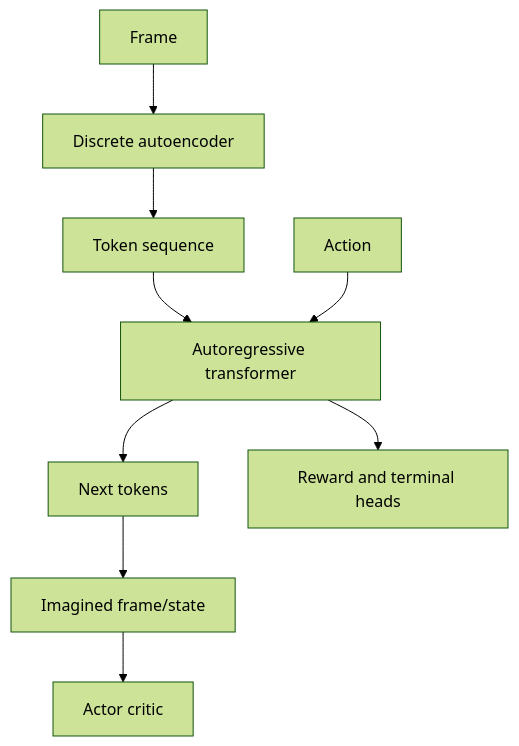
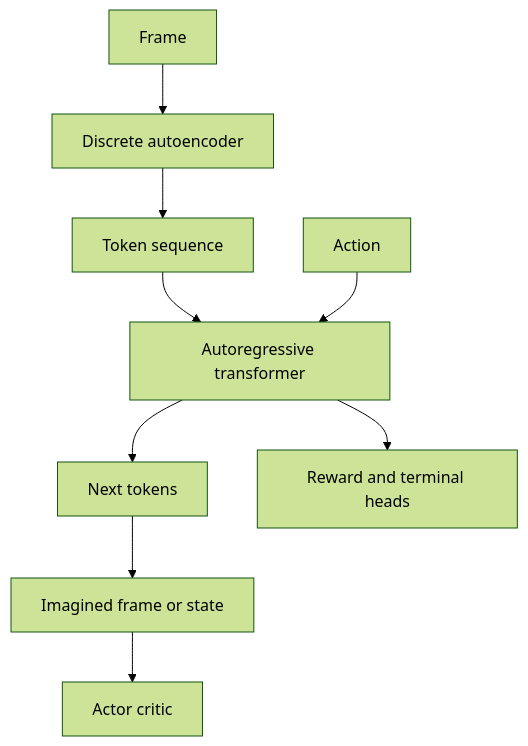
The third of 3 diagrams in docs/source/world_models_guide.md (ParamThakkar123/torchwm), drawn with Mermaid (forest theme) before and after one commit. The commit also changed other lines of this file and 5 other files, not shown here.

Commit message:
Use Mermaid 10.4-safe diagram syntax

````diff
--- a/docs/source/world_models_guide.md
+++ b/docs/source/world_models_guide.md
@@ -155,11 +155,11 @@
 ```{mermaid}
 graph TD
-    A[Frame] --> B[Discrete autoencoder]
-    B --> C[Token sequence]
-    C --> D[Autoregressive transformer]
-    E[Action] --> D
-    D --> F[Next tokens]
-    D --> G[Reward and terminal heads]
-    F --> H[Imagined frame/state]
-    H --> I[Actor critic]
+    A["Frame"] --> B["Discrete autoencoder"]
+    B --> C["Token sequence"]
+    C --> D["Autoregressive transformer"]
+    E["Action"] --> D
+    D --> F["Next tokens"]
+    D --> G["Reward and terminal heads"]
+    F --> H["Imagined frame or state"]
+    H --> I["Actor critic"]
 ```
````
